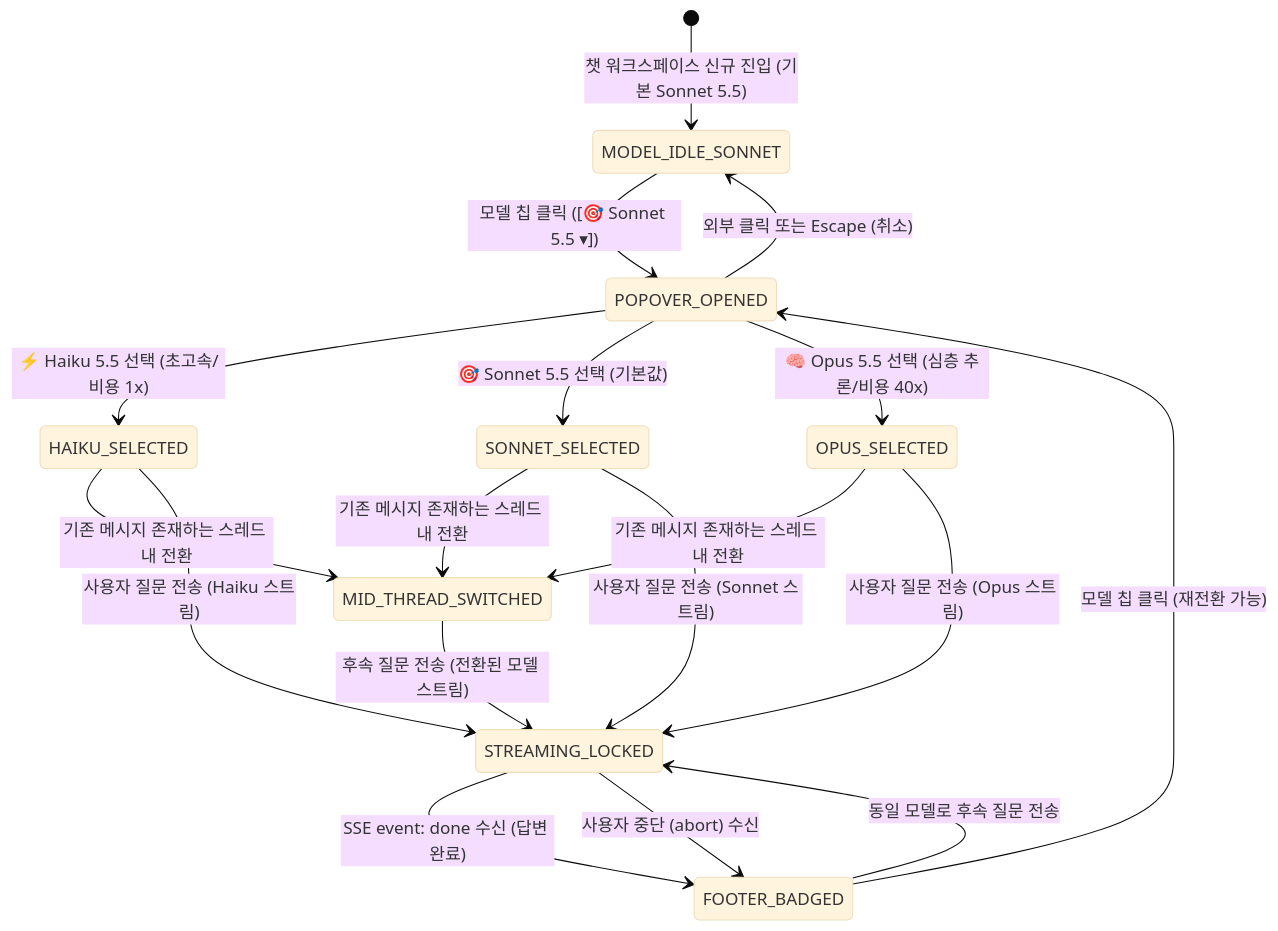
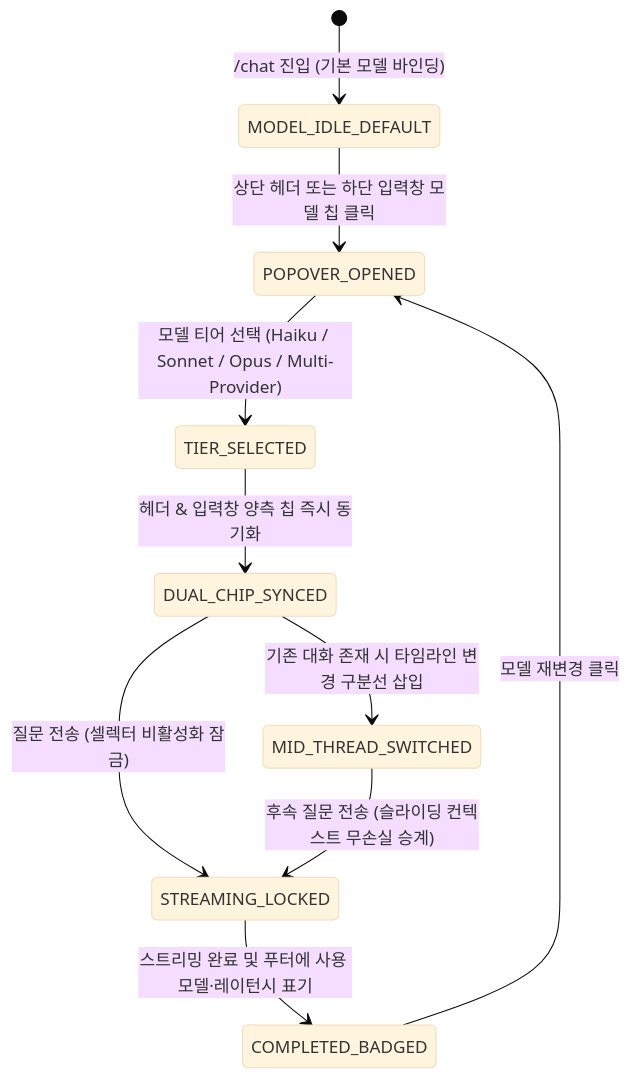
One commit to ozplayground/agent-lens changed the second of 2 diagrams in docs/spec-writer/03_POLICIES_AND_EDGES.md. Above: the diagram before and after it, drawn with Mermaid (base theme). The commit also changed other lines of this file and 41 other files, not shown here.

````diff
--- a/docs/spec-writer/03_POLICIES_AND_EDGES.md
+++ b/docs/spec-writer/03_POLICIES_AND_EDGES.md
@@ -301,25 +31,12 @@
 ```mermaid
 stateDiagram-v2
-    [*] --> MODEL_IDLE_SONNET: 챗 워크스페이스 신규 진입 (기본 Sonnet 5.5)
-    MODEL_IDLE_SONNET --> POPOVER_OPENED: 모델 칩 클릭 ([🎯 Sonnet 5.5 ▾])
-    
-    POPOVER_OPENED --> HAIKU_SELECTED: ⚡ Haiku 5.5 선택 (초고속/비용 1x)
-    POPOVER_OPENED --> SONNET_SELECTED: 🎯 Sonnet 5.5 선택 (기본값)
-    POPOVER_OPENED --> OPUS_SELECTED: 🧠 Opus 5.5 선택 (심층 추론/비용 40x)
-    POPOVER_OPENED --> MODEL_IDLE_SONNET: 외부 클릭 또는 Escape (취소)
-    
-    HAIKU_SELECTED --> MID_THREAD_SWITCHED: 기존 메시지 존재하는 스레드 내 전환
-    SONNET_SELECTED --> MID_THREAD_SWITCHED: 기존 메시지 존재하는 스레드 내 전환
-    OPUS_SELECTED --> MID_THREAD_SWITCHED: 기존 메시지 존재하는 스레드 내 전환
-    
-    HAIKU_SELECTED --> STREAMING_LOCKED: 사용자 질문 전송 (Haiku 스트림)
-    SONNET_SELECTED --> STREAMING_LOCKED: 사용자 질문 전송 (Sonnet 스트림)
-    OPUS_SELECTED --> STREAMING_LOCKED: 사용자 질문 전송 (Opus 스트림)
-    MID_THREAD_SWITCHED --> STREAMING_LOCKED: 후속 질문 전송 (전환된 모델 스트림)
-    
-    STREAMING_LOCKED --> FOOTER_BADGED: SSE event: done 수신 (답변 완료)
-    STREAMING_LOCKED --> FOOTER_BADGED: 사용자 중단 (abort) 수신
-    
-    FOOTER_BADGED --> POPOVER_OPENED: 모델 칩 클릭 (재전환 가능)
-    FOOTER_BADGED --> STREAMING_LOCKED: 동일 모델로 후속 질문 전송
+    [*] --> MODEL_IDLE_DEFAULT: /chat 진입 (기본 모델 바인딩)
+    MODEL_IDLE_DEFAULT --> POPOVER_OPENED: 상단 헤더 또는 하단 입력창 모델 칩 클릭
+    POPOVER_OPENED --> TIER_SELECTED: 모델 티어 선택 (Haiku / Sonnet / Opus / Multi-Provider)
+    TIER_SELECTED --> DUAL_CHIP_SYNCED: 헤더 & 입력창 양측 칩 즉시 동기화
+    DUAL_CHIP_SYNCED --> MID_THREAD_SWITCHED: 기존 대화 존재 시 타임라인 변경 구분선 삽입
+    DUAL_CHIP_SYNCED --> STREAMING_LOCKED: 질문 전송 (셀렉터 비활성화 잠금)
+    MID_THREAD_SWITCHED --> STREAMING_LOCKED: 후속 질문 전송 (슬라이딩 컨텍스트 무손실 승계)
+    STREAMING_LOCKED --> COMPLETED_BADGED: 스트리밍 완료 및 푸터에 사용 모델·레이턴시 표기
+    COMPLETED_BADGED --> POPOVER_OPENED: 모델 재변경 클릭
 ```
````
